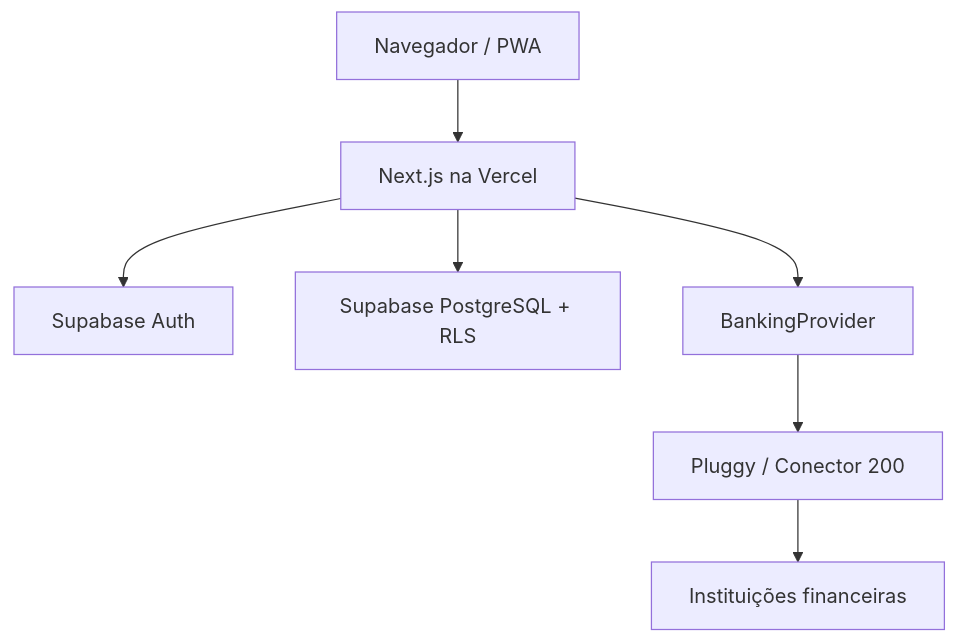
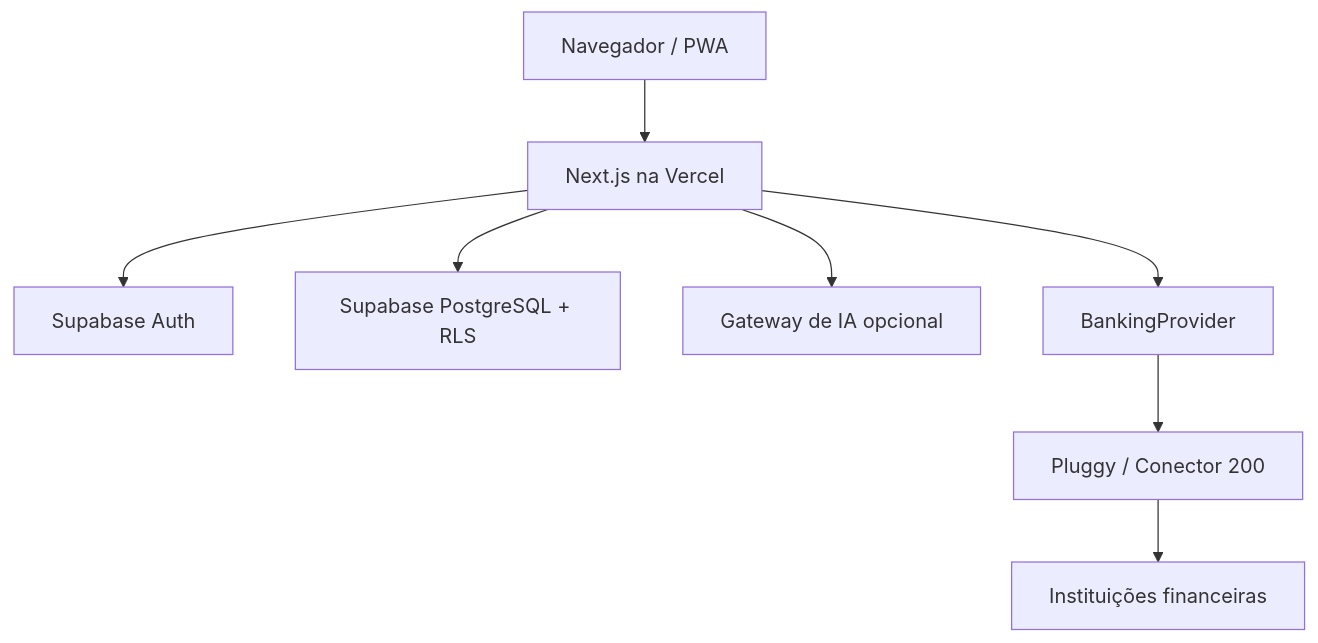
The diagram in ARCHITECTURE.md (Matheuslinspg3/myScore), drawn with Mermaid before and after one commit. The commit also changed other lines of this file and 23 other files, not shown here.

```diff
--- a/ARCHITECTURE.md
+++ b/ARCHITECTURE.md
@@ -15,9 +15,10 @@
 ~~~mermaid
 flowchart TD
   Browser["Navegador / PWA"] --> Next["Next.js na Vercel"]
   Next --> Auth["Supabase Auth"]
   Next --> DB["Supabase PostgreSQL + RLS"]
+  Next --> AI["Gateway de IA opcional"]
   Next --> Provider["BankingProvider"]
   Provider --> Pluggy["Pluggy / Conector 200"]
   Pluggy --> Banks["Instituições financeiras"]
 ~~~
```
